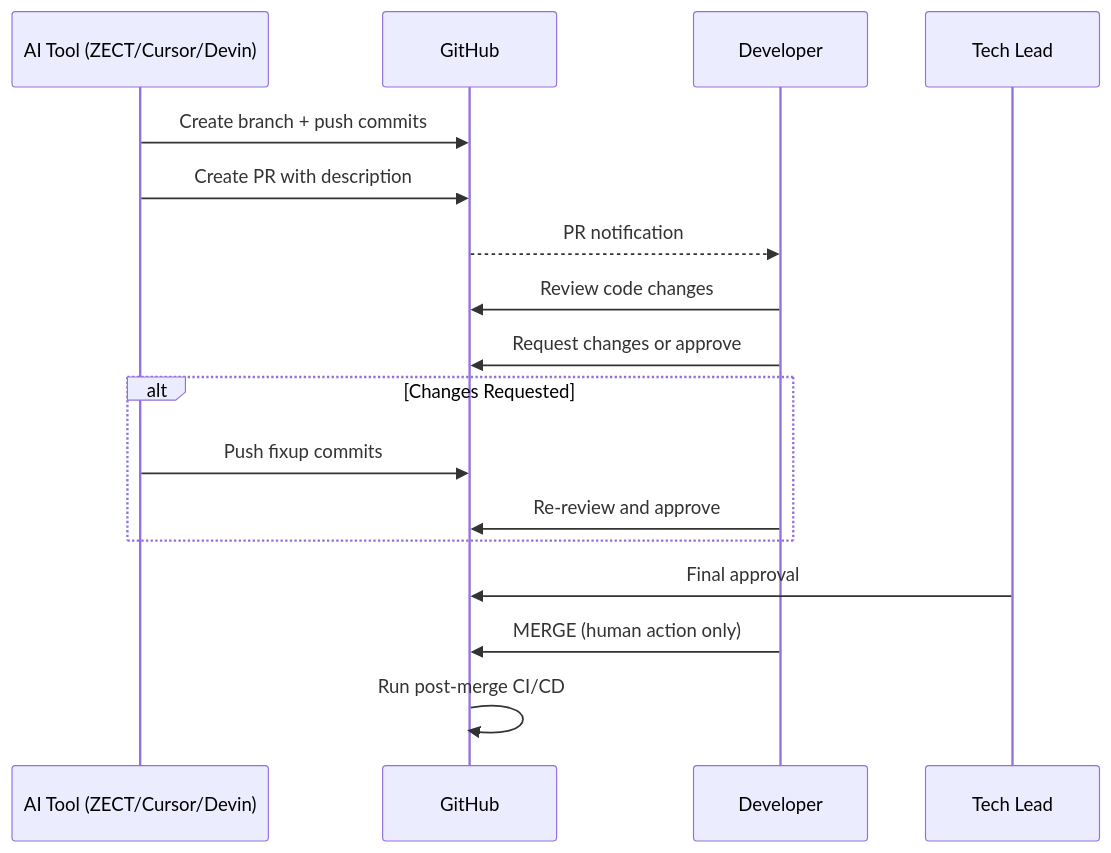
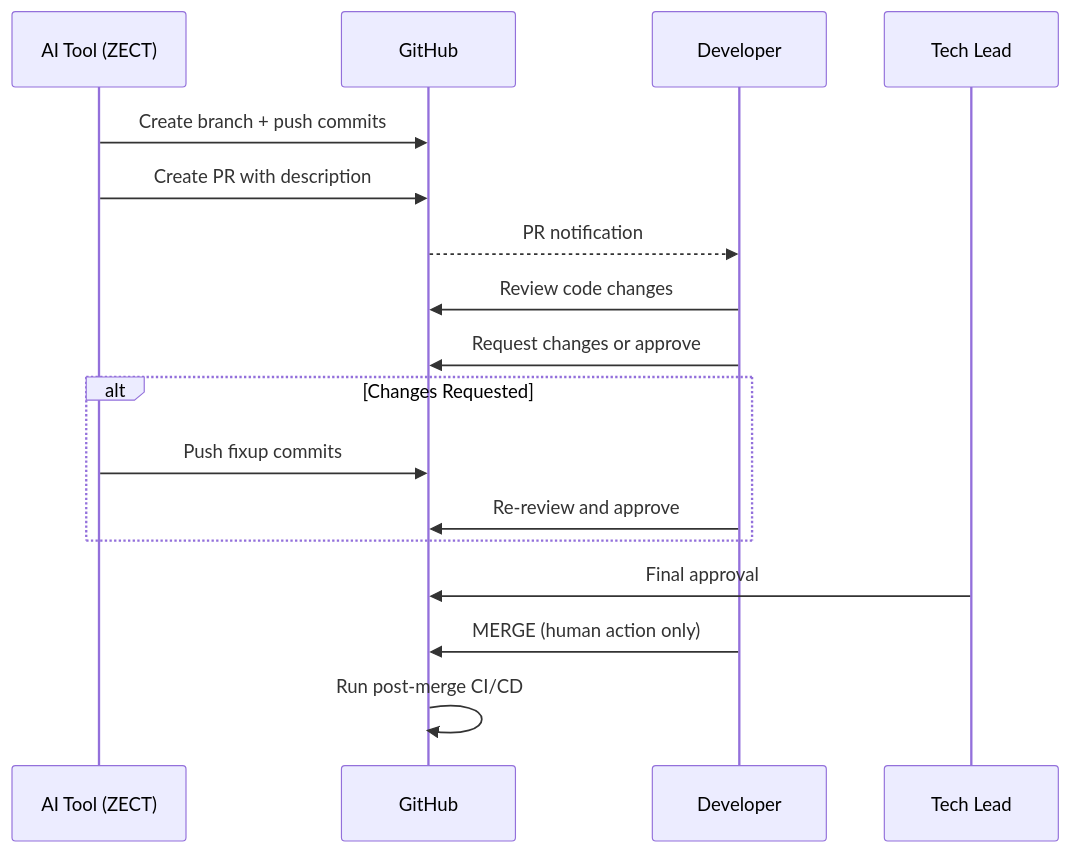
One commit to KarthikKaruppasamy880/ZECT changed the diagram in docs/workflows/PR_HUMAN_APPROVAL_WORKFLOW.md. Above: the diagram before and after it, drawn with Mermaid. The commit also changed 28 other files, not shown here.

First line of the commit message:
chore: remove ALL external tool references (Devin, CodeRabbit, Cursor, Windsurf, Codex, Claude Code) for 100% legal compliance

````diff
--- a/docs/workflows/PR_HUMAN_APPROVAL_WORKFLOW.md
+++ b/docs/workflows/PR_HUMAN_APPROVAL_WORKFLOW.md
@@ -40,22 +40,22 @@
 ```mermaid
 sequenceDiagram
-    participant AI as AI Tool (ZECT/Cursor/Devin)
+    participant AI as AI Tool (ZECT)
     participant GitHub
     participant Dev as Developer
     participant Lead as Tech Lead
 
     AI->>GitHub: Create branch + push commits
     AI->>GitHub: Create PR with description
     GitHub-->>Dev: PR notification
     Dev->>GitHub: Review code changes
     Dev->>GitHub: Request changes or approve
     
     alt Changes Requested
         AI->>GitHub: Push fixup commits
         Dev->>GitHub: Re-review and approve
     end
     
     Lead->>GitHub: Final approval
     Dev->>GitHub: MERGE (human action only)
     GitHub->>GitHub: Run post-merge CI/CD
 ```
````
